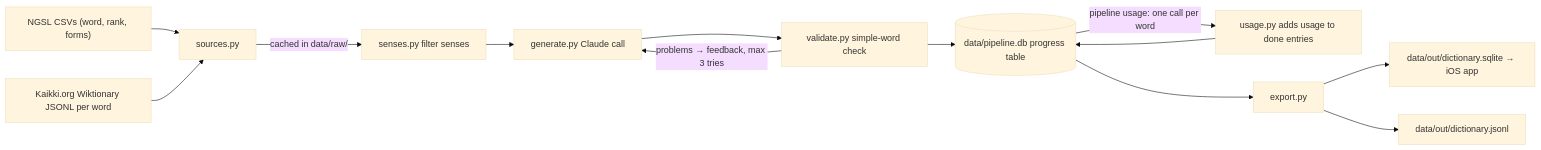
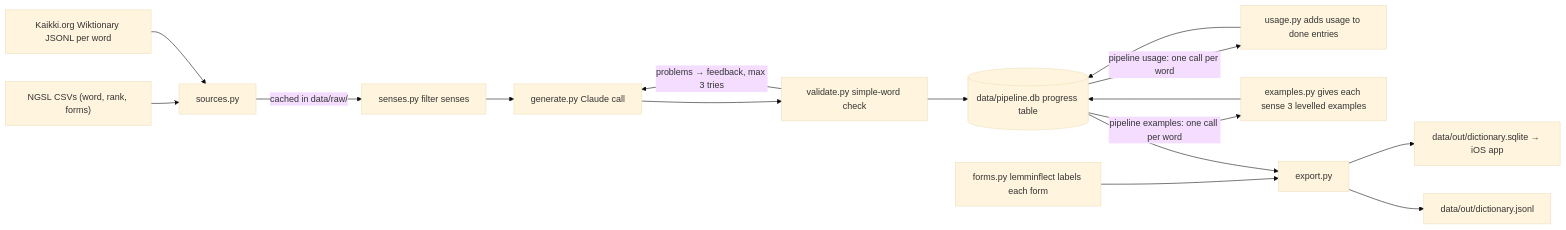
One commit to tranphuocloc070699/saynata changed the first of 4 diagrams in backlog/docs/features/doc-6 - Dictionary-pipeline.md. Above: the diagram before and after it, drawn with Mermaid (base theme). The commit also changed other lines of this file and 27 other files, not shown here.

Commit message:
TASK-35: 3 levelled examples per sense and word form types

````diff
--- a/backlog/docs/features/doc-6 - Dictionary-pipeline.md
+++ b/backlog/docs/features/doc-6 - Dictionary-pipeline.md
@@ -20,15 +20,18 @@
 ```mermaid
 flowchart LR
     NGSL["NGSL CSVs (word, rank, forms)"] --> SRC[sources.py]
     KK["Kaikki.org Wiktionary JSONL per word"] --> SRC
     SRC -->|cached in data/raw/| SEN[senses.py filter senses]
     SEN --> GEN[generate.py Claude call]
     GEN --> VAL[validate.py simple-word check]
     VAL -->|problems → feedback, max 3 tries| GEN
     VAL --> ST[(data/pipeline.db progress table)]
     ST -->|"pipeline usage: one call per word"| USE[usage.py adds usage to done entries]
     USE --> ST
+    ST -->|"pipeline examples: one call per word"| EXA[examples.py gives each sense 3 levelled examples]
+    EXA --> ST
+    FOR[forms.py lemminflect labels each form] --> EXP
     ST --> EXP[export.py]
     EXP --> OUT1[data/out/dictionary.sqlite → iOS app]
     EXP --> OUT2[data/out/dictionary.jsonl]
 ```
````
